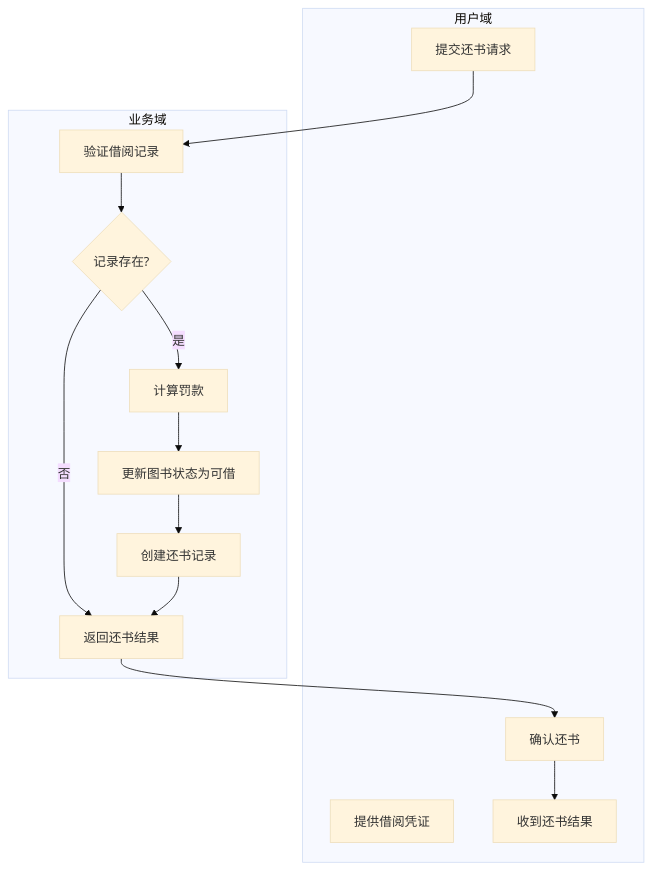
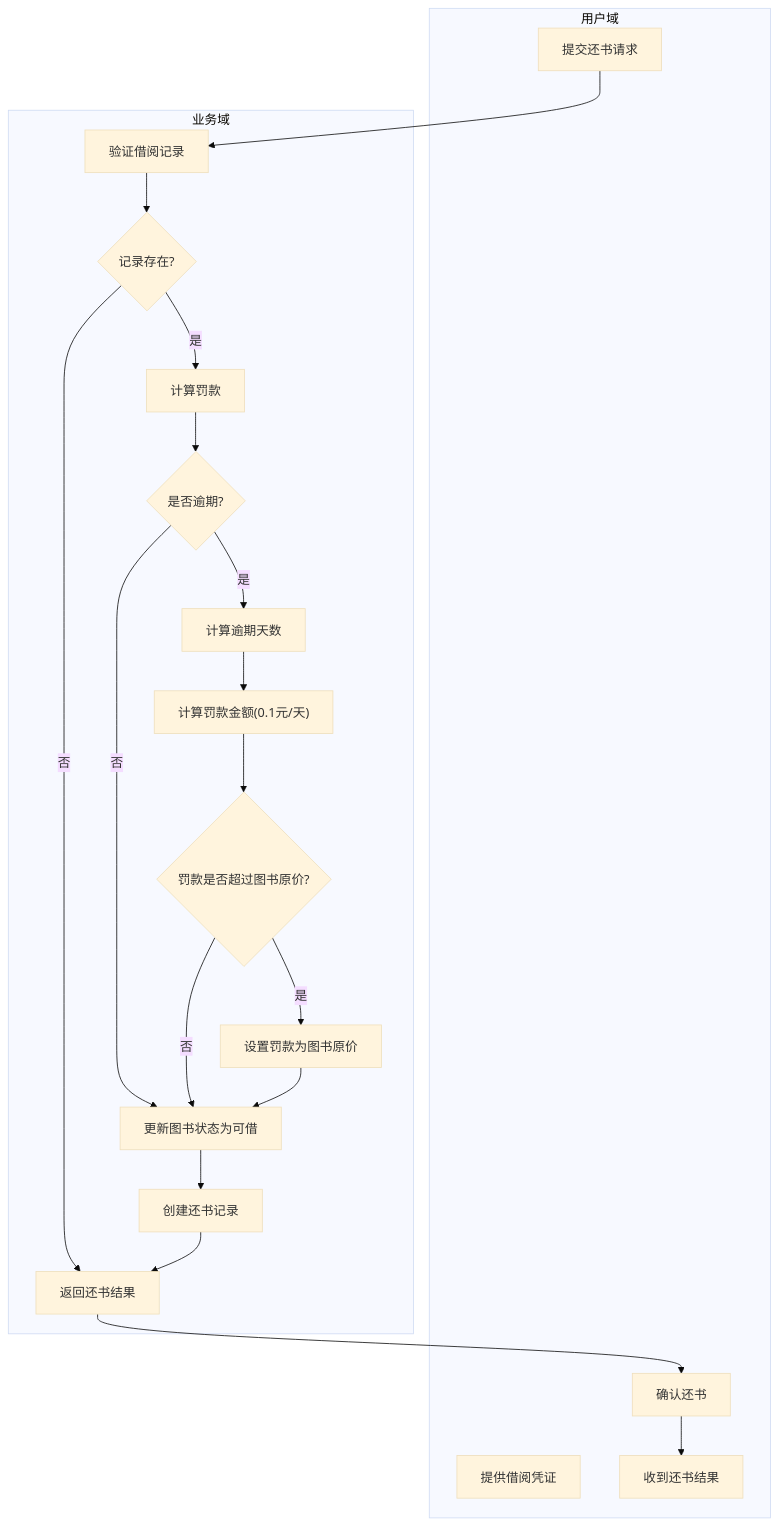
The third of 7 diagrams in library/week-04-实验报告.md (qiaob8/sqlrustgo), drawn with Mermaid before and after one commit. The commit also changed other lines of this file, not shown here.

Commit message:
experiment: complete week-04 UML tasks

````diff
--- a/library/week-04-实验报告.md
+++ b/library/week-04-实验报告.md
@@ -208,29 +208,41 @@
 ```mermaid
 %%{init: {'theme': 'base'}}%%
 flowchart TB
     subgraph 用户域
         A1["提交还书请求"]
         A2["提供借阅凭证"]
         A3["确认还书"]
         A4["收到还书结果"]
     end
 
     subgraph 业务域
         B1["验证借阅记录"]
         B2{"记录存在?"}
         B3["计算罚款"]
-        B4["更新图书状态为可借"]
-        B5["创建还书记录"]
-        B6["返回还书结果"]
+        B4{"是否逾期?"}
+        B5["计算逾期天数"]
+        B6["计算罚款金额(0.1元/天)"]
+        B7{"罚款是否超过图书原价?"}
+        B8["设置罚款为图书原价"]
+        B9["更新图书状态为可借"]
+        B10["创建还书记录"]
+        B11["返回还书结果"]
     end
 
     A1 --> B1
     B1 --> B2
-    B2 -->|否| B6
+    B2 -->|否| B11
     B2 -->|是| B3
     B3 --> B4
-    B4 --> B5
+    B4 -->|否| B9
+    B4 -->|是| B5
     B5 --> B6
-    B6 --> A3
+    B6 --> B7
+    B7 -->|是| B8
+    B7 -->|否| B9
+    B8 --> B9
+    B9 --> B10
+    B10 --> B11
+    B11 --> A3
     A3 --> A4
 ```
````
